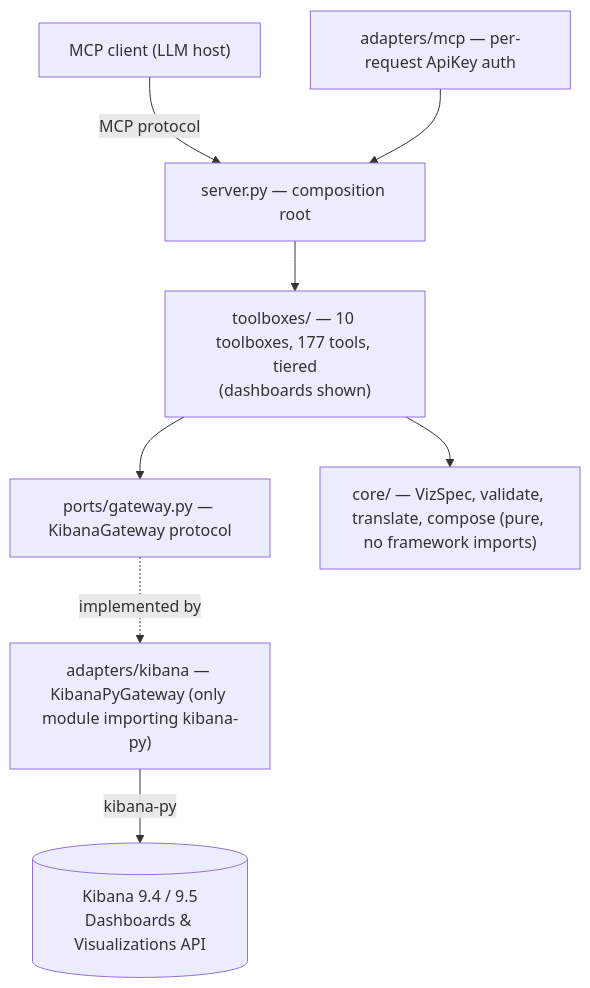
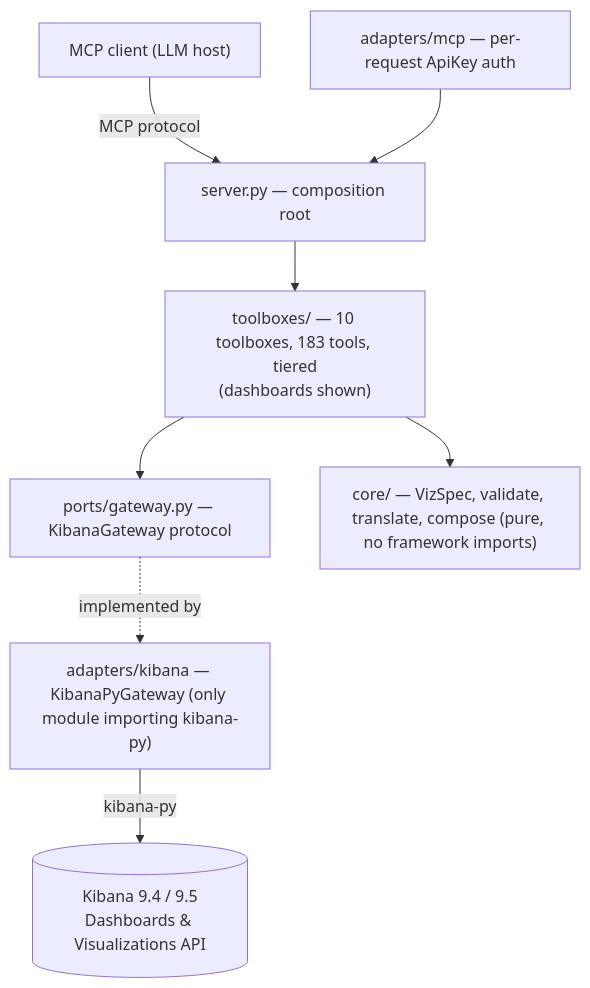
The second of 4 diagrams in docs/architecture.md (pedro-angel/mcp-for-kibana), drawn with Mermaid before and after one commit. The commit also changed other lines of this file and 25 other files, not shown here.

````diff
--- a/docs/architecture.md
+++ b/docs/architecture.md
@@ -47,10 +47,10 @@
 ```mermaid
 flowchart TD
     Client["MCP client (LLM host)"] -->|MCP protocol| Server
     AuthAdapter["adapters/mcp — per-request ApiKey auth"] --> Server
-    Server["server.py — composition root"] --> Toolboxes["toolboxes/ — 10 toolboxes, 177 tools, tiered<br/>(dashboards shown)"]
+    Server["server.py — composition root"] --> Toolboxes["toolboxes/ — 10 toolboxes, 183 tools, tiered<br/>(dashboards shown)"]
     Toolboxes --> Ports["ports/gateway.py — KibanaGateway protocol"]
     Toolboxes --> Core["core/ — VizSpec, validate, translate, compose (pure, no framework imports)"]
     Ports -. implemented by .-> KibanaAdapter["adapters/kibana — KibanaPyGateway (only module importing kibana-py)"]
     KibanaAdapter -->|kibana-py| Kibana[("Kibana 9.4 / 9.5\nDashboards & Visualizations API")]
 ```
````
